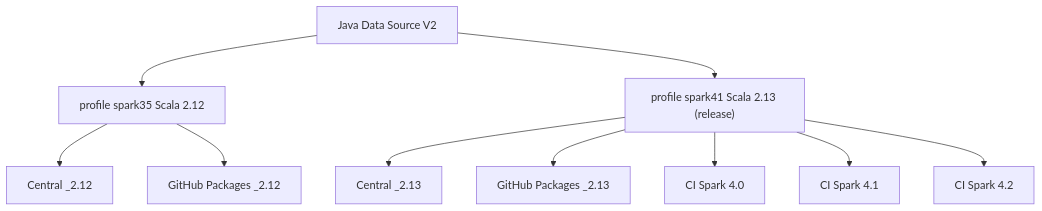
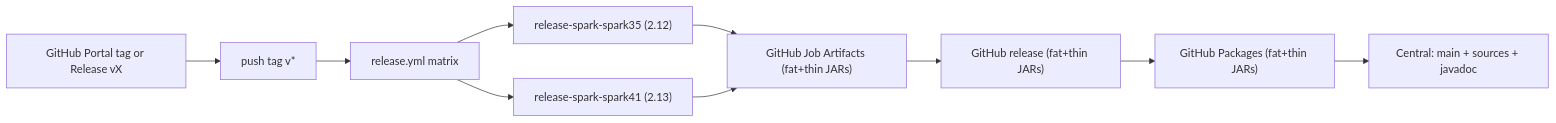
Before and after one commit to juarezr/spark-streaming-google-pubsub: the second of 2 diagrams in docs/publishing-maven-central.md, drawn with Mermaid. The commit also changed other lines of this file and 1 other file, not shown here.

Commit message:
refactor[ci]: update release workflow to improve artifact handling and order publishing to release first on Github
- Changed the upload step for fat JARs to include additional artifact types (POM, signatures, checksums).
- Reordered the publishing steps to first upload to GitHub Packages, then attach fat JARs to the GitHub Release, and finally publish thin artifacts to Maven Central.
- Updated documentation to reflect the new workflow and clarify the sequence of operations during releases.

````diff
--- a/docs/publishing-maven-central.md
+++ b/docs/publishing-maven-central.md
@@ -33,13 +34,12 @@
 ```mermaid
-flowchart TB
-  src[Java Data Source V2]
-  src --> p35["profile spark35 Scala 2.12"]
-  src --> p41["profile spark41 Scala 2.13 (release)"]
-  p35 --> c35["Central _2.12"]
-  p41 --> c413["Central _2.13"]
-  p35 --> g35["GitHub Packages _2.12"]
-  p41 --> g413["GitHub Packages _2.13"]
-  p41 --> t40["CI Spark 4.0"]
-  p41 --> t41["CI Spark 4.1"]
-  p41 --> t42["CI Spark 4.2"]
+flowchart LR
+  portal["GitHub Portal tag or Release vX"] --> tagPush["push tag v*"]
+  tagPush --> ga["release.yml matrix"]
+  ga --> job35["release-spark-spark35 (2.12)"]
+  ga --> job41["release-spark-spark41 (2.13)"]
+  job35 --> jobPkg["GitHub Job Artifacts (fat+thin JARs)"]
+  job41 --> jobPkg
+  jobPkg --> verPkg["GitHub release (fat+thin JARs)"]
+  verPkg --> ghPkg["GitHub Packages (fat+thin JARs)"]
+  ghPkg --> thin["Central: main + sources + javadoc"]
 ```
````
